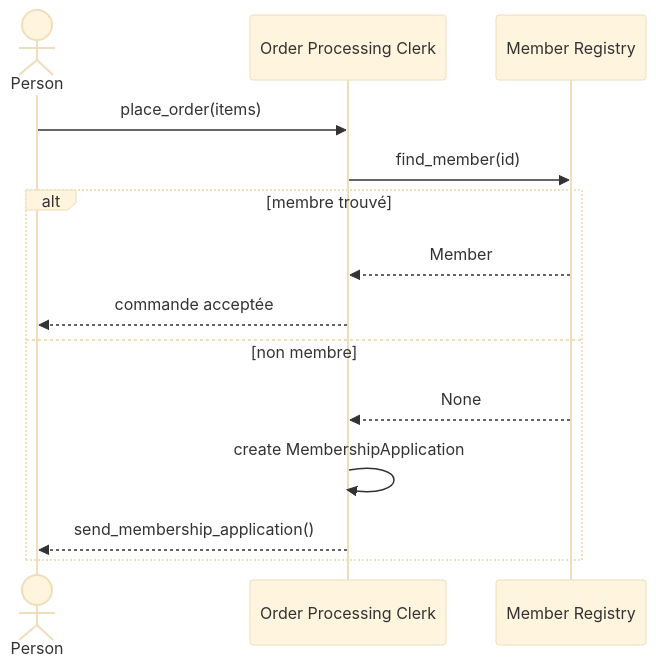
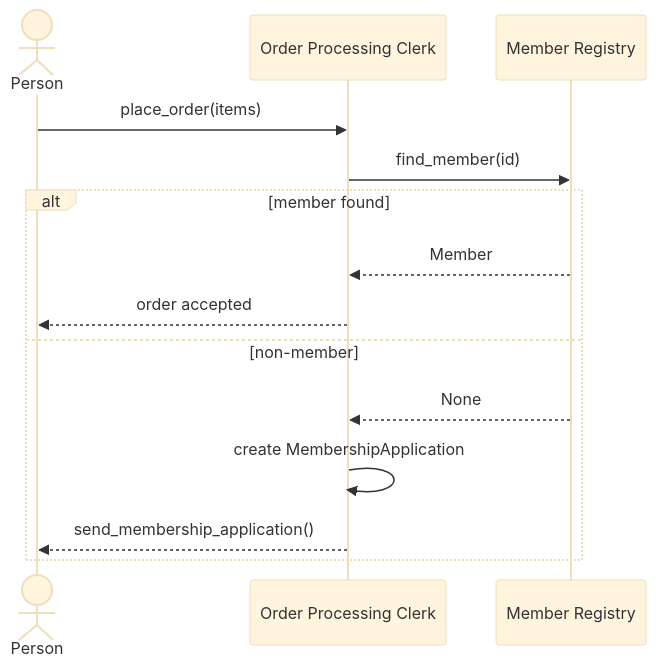
Before and after one commit to OthmanChennaoui/oop-aidams-2a-exercices: the seventh of 9 diagrams in 04_uml/abcd_records_uml.md, drawn with Mermaid (base theme). The commit also changed other lines of this file and 32 other files, not shown here.

````diff
--- a/04_uml/abcd_records_uml.md
+++ b/04_uml/abcd_records_uml.md
@@ -289,17 +288,17 @@
 ```mermaid
 sequenceDiagram
     actor P as Person
     participant OPC as Order Processing Clerk
     participant DB as Member Registry
 
     P->>OPC: place_order(items)
     OPC->>DB: find_member(id)
-    alt membre trouvé
+    alt member found
         DB-->>OPC: Member
-        OPC-->>P: commande acceptée
-    else non membre
+        OPC-->>P: order accepted
+    else non-member
         DB-->>OPC: None
         OPC->>OPC: create MembershipApplication
         OPC-->>P: send_membership_application()
     end
 ```
````
